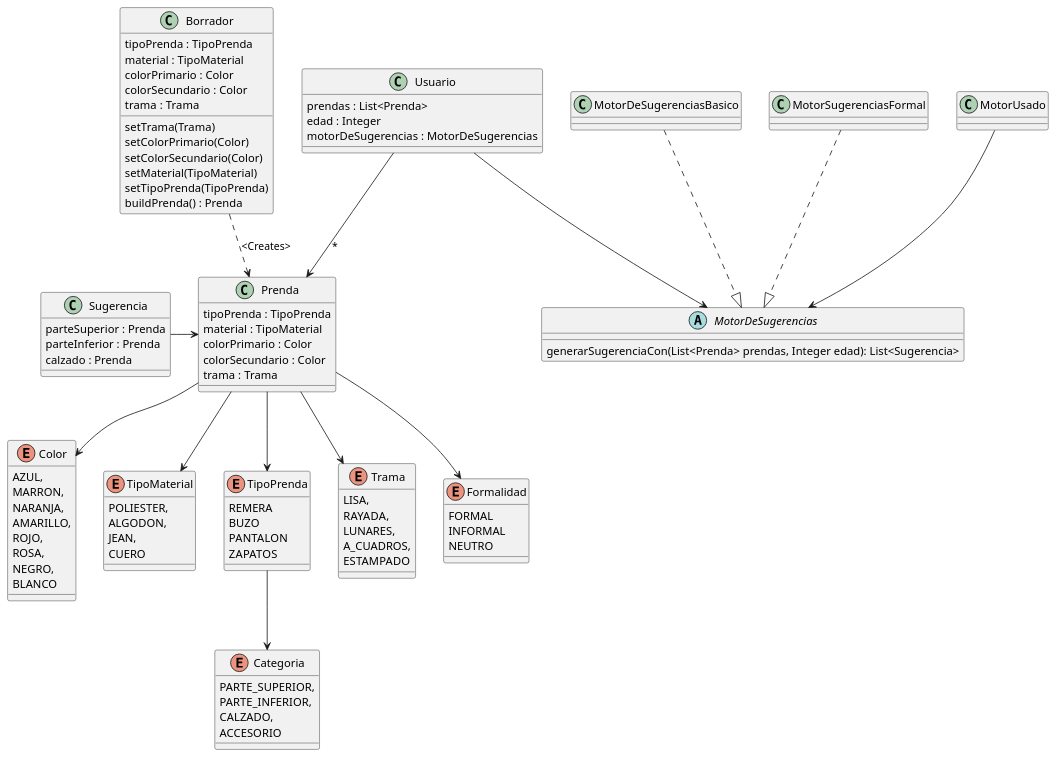
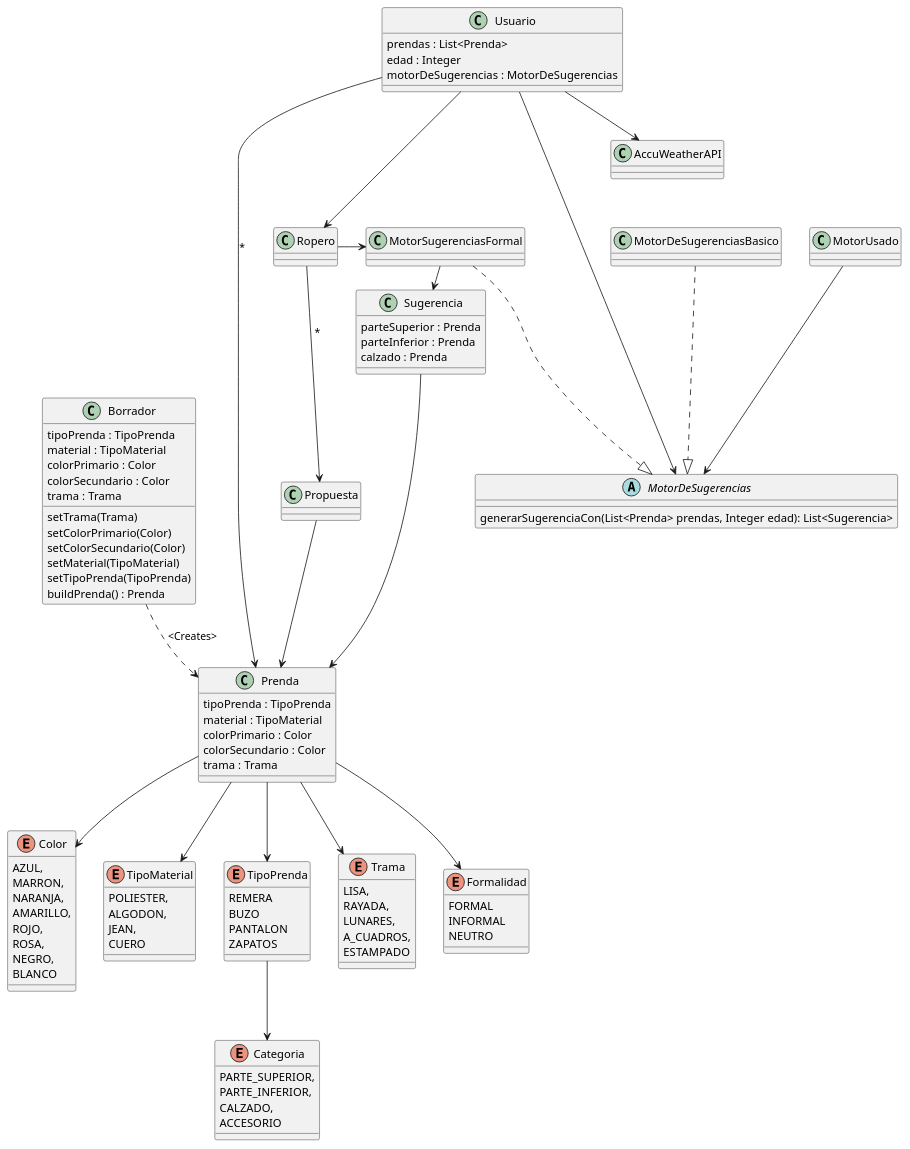
Before and after one commit to marrkbau/QueMePongo: the diagram in src/main/java/ar/edu/utn/frba/dds/diagramaDeClase/QueMePongo.puml, drawn with PlantUML. The commit also changed 6 other files, not shown here.

```diff
--- a/src/main/java/ar/edu/utn/frba/dds/diagramaDeClase/QueMePongo.puml
+++ b/src/main/java/ar/edu/utn/frba/dds/diagramaDeClase/QueMePongo.puml
@@ -1,116 +1,122 @@
 @startuml
 'https://plantuml.com/class-diagram
 
 
 enum Color {
 AZUL,
 MARRON,
 NARANJA,
 AMARILLO,
 ROJO,
 ROSA,
 NEGRO,
 BLANCO
 }
 
 enum TipoMaterial {
 POLIESTER,
 ALGODON,
 JEAN,
 CUERO
 }
 enum Categoria {
 PARTE_SUPERIOR,
 PARTE_INFERIOR,
 CALZADO,
 ACCESORIO
 }
 
 enum TipoPrenda {
 REMERA
 BUZO
 PANTALON
 ZAPATOS
 }
 
 enum Trama {
 LISA,
 RAYADA,
 LUNARES,
 A_CUADROS,
 ESTAMPADO
 }
 
 class Prenda {
 tipoPrenda : TipoPrenda
 material : TipoMaterial
 colorPrimario : Color
 colorSecundario : Color
 trama : Trama
 
 }
 
 class Borrador {
 tipoPrenda : TipoPrenda
 material : TipoMaterial
 colorPrimario : Color
 colorSecundario : Color
 trama : Trama
 
 setTrama(Trama)
 setColorPrimario(Color)
 setColorSecundario(Color)
 setMaterial(TipoMaterial)
 setTipoPrenda(TipoPrenda)
 buildPrenda() : Prenda
 }
 
 class Sugerencia {
 parteSuperior : Prenda
 parteInferior : Prenda
 calzado : Prenda
 }
 
 class Usuario {
 prendas : List<Prenda>
 edad : Integer
 motorDeSugerencias : MotorDeSugerencias
 }
 
 enum Formalidad {
 FORMAL
 INFORMAL
 NEUTRO
 }
 
 abstract MotorDeSugerencias {
    generarSugerenciaCon(List<Prenda> prendas, Integer edad): List<Sugerencia>
 }
 
 class MotorDeSugerenciasBasico {
 }
 
 class MotorSugerenciasFormal {
 }
 
 class MotorUsado {
 
 }
 
 Prenda --> Color
 Prenda --> TipoMaterial
 Prenda --> TipoPrenda
 Prenda --> Trama
 Prenda --> Formalidad
 Usuario --> Prenda : *
 Usuario --> MotorDeSugerencias
 TipoPrenda --> Categoria
 Sugerencia -> Prenda
 Borrador ..> Prenda : <Creates>
 MotorDeSugerenciasBasico ..|> MotorDeSugerencias
 MotorSugerenciasFormal ..|> MotorDeSugerencias
 MotorUsado --> MotorDeSugerencias
+Usuario ---> Ropero
+Ropero -> MotorSugerenciasFormal
+MotorSugerenciasFormal -> Sugerencia
+Usuario --> AccuWeatherAPI
+Ropero --> Propuesta : *
+Propuesta --> Prenda
 
 
 
 @enduml
```
